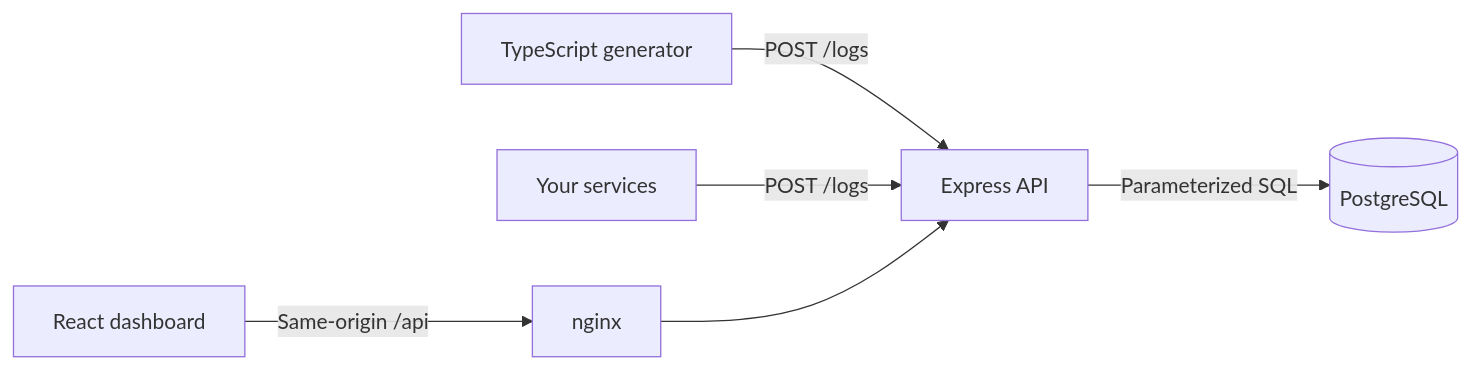
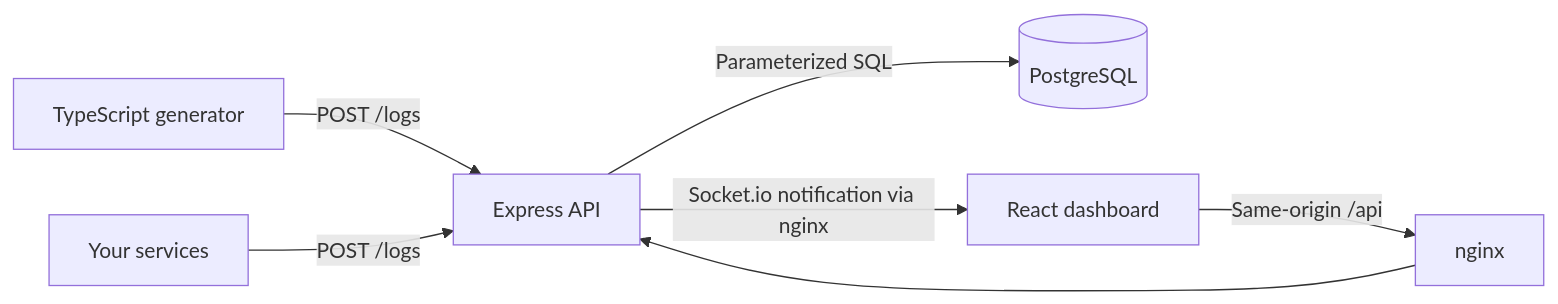
The diagram in README.md (lrosse/log-aggregator), drawn with Mermaid before and after one commit. The commit also changed other lines of this file and 2 other files, not shown here.

Commit message:
docs: document live architecture and verified delivery

````diff
--- a/README.md
+++ b/README.md
@@ -57,8 +59,9 @@
 ```mermaid
 flowchart LR
   G[TypeScript generator] -->|POST /logs| A[Express API]
   S[Your services] -->|POST /logs| A
   A -->|Parameterized SQL| P[(PostgreSQL)]
   B[React dashboard] -->|Same-origin /api| N[nginx]
   N --> A
+  A -->|Socket.io notification via nginx| B
 ```
````
